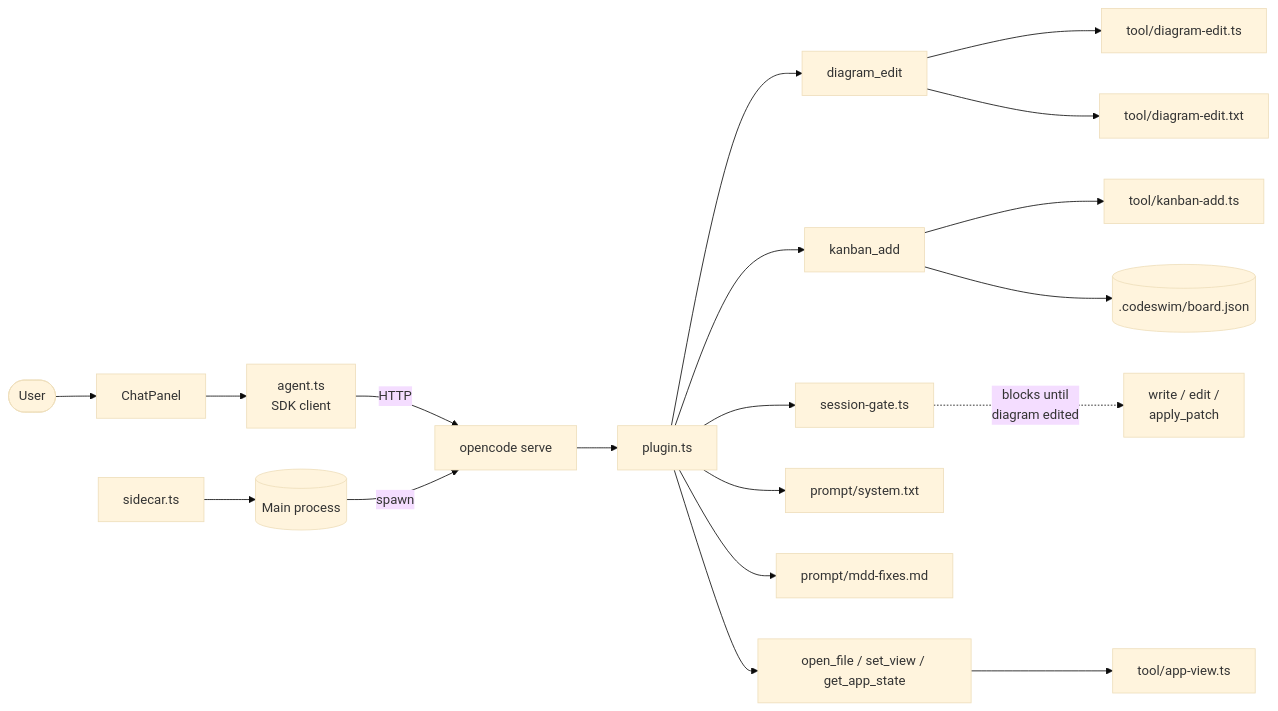
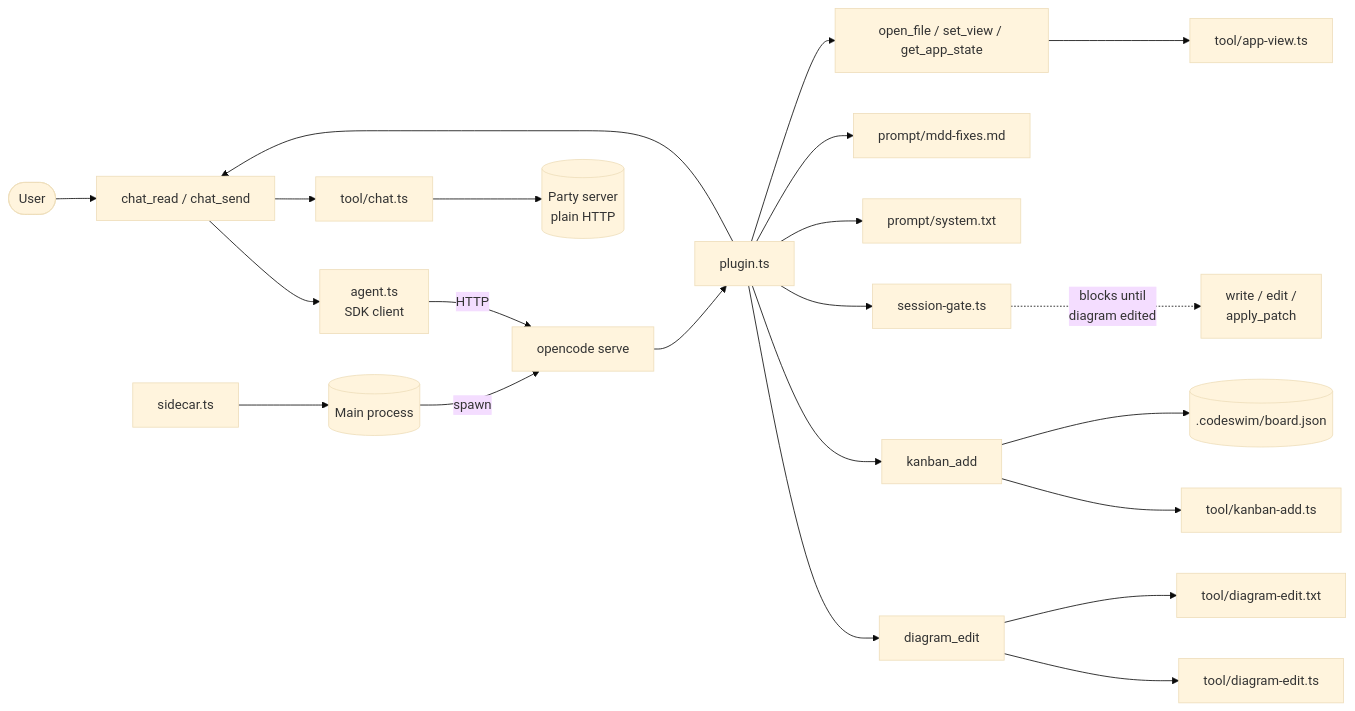
The diagram in architecture/agent-harness.md (keithagroves/codeswim), drawn with Mermaid (base theme) before and after one commit. The commit also changed other lines of this file and 4 other files, not shown here.

First line of the commit message:
Document the party chat server in architecture diagrams

````diff
--- a/architecture/agent-harness.md
+++ b/architecture/agent-harness.md
@@ -18,41 +18,47 @@
 ```mermaid
 flowchart LR
     User([User]) --> Chat[ChatPanel]
     Chat --> Client[agent.ts<br/>SDK client]
     Client -->|HTTP| Server[opencode serve]
     Main[(Main process)] -->|spawn| Server
     Sidecar[sidecar.ts] --> Main
     Server --> Plugin[plugin.ts]
     Plugin --> Tool[diagram_edit]
     Plugin --> Kanban[kanban_add]
+    Plugin --> Chat[chat_read / chat_send]
+    Chat --> ChatImpl[tool/chat.ts]
+    ChatImpl --> Party[(Party server<br/>plain HTTP)]
     Plugin --> Gate[session-gate.ts]
     Gate -.->|blocks until<br/>diagram edited| Mutating[write / edit /<br/>apply_patch]
     Plugin --> System[prompt/system.txt]
     Plugin --> Fixes[prompt/mdd-fixes.md]
     Tool --> ToolImpl[tool/diagram-edit.ts]
     Tool --> ToolDesc[tool/diagram-edit.txt]
     Kanban --> KanbanImpl[tool/kanban-add.ts]
     Kanban --> KanbanBoard[(.codeswim/board.json)]
     Plugin --> AppTools[open_file / set_view / get_app_state]
     AppTools --> AppViewImpl[tool/app-view.ts]
 
     click User call navigate("../overview.md")
     click Chat call navigate("../apps/desktop/src/renderer/src/components/ChatPanel.tsx")
     click Client call navigate("../apps/desktop/src/renderer/src/agent.ts")
     click Server call navigate("../packages/harness/src/plugin.ts")
     click Main call navigate("../architecture/main-process.md")
     click Sidecar call navigate("../apps/desktop/src/main/sidecar.ts")
     click Plugin call navigate("../packages/harness/src/plugin.ts")
     click Tool call navigate("../packages/harness/src/tool/diagram-edit.ts")
     click Gate call navigate("../packages/harness/src/session-gate.ts")
     click System call navigate("../packages/harness/src/prompt/system.txt")
     click Fixes call navigate("../packages/harness/src/prompt/mdd-fixes.md")
     click ToolImpl call navigate("../packages/harness/src/tool/diagram-edit.ts")
     click ToolDesc call navigate("../packages/harness/src/tool/diagram-edit.txt")
     click Kanban call navigate("../packages/harness/src/tool/kanban-add.ts")
     click KanbanImpl call navigate("../packages/harness/src/tool/kanban-add.ts")
     click KanbanBoard call navigate("../packages/domain-kanban/src/kanban.ts")
+    click Chat call navigate("../packages/harness/src/tool/chat.ts")
+    click ChatImpl call navigate("../packages/harness/src/tool/chat.ts")
+    click Party call navigate("../architecture/party.md")
     click Mutating call navigate("../overview.md")
     click AppTools call navigate("../packages/harness/src/plugin.ts")
     click AppViewImpl call navigate("../packages/harness/src/tool/app-view.ts")
 ```
````
